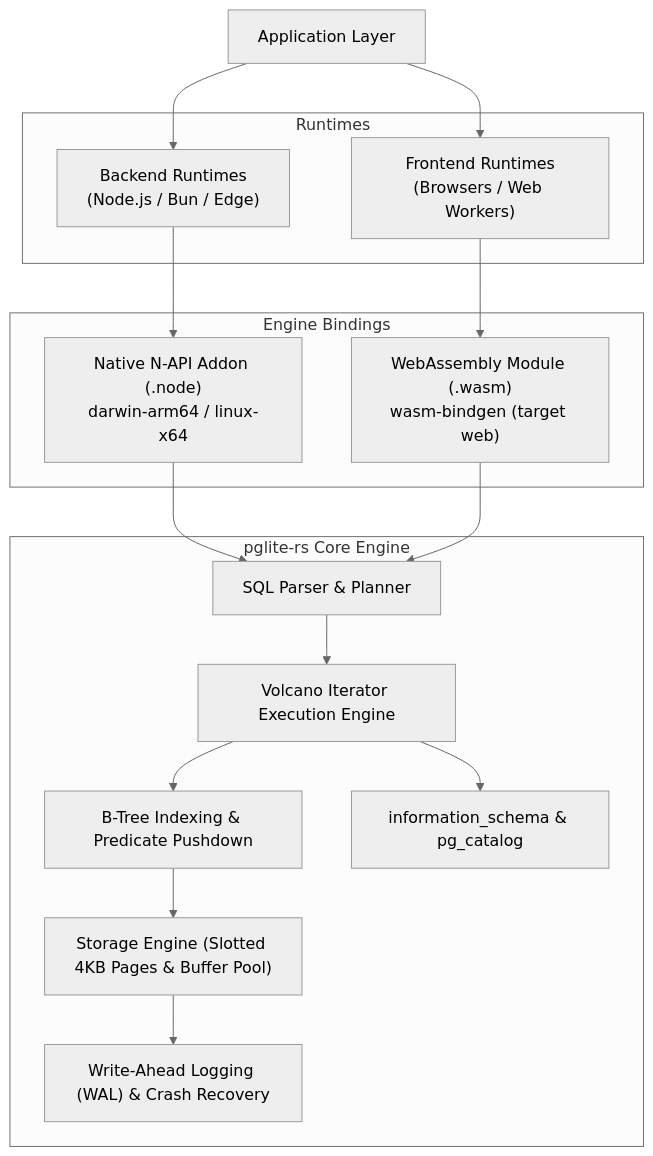
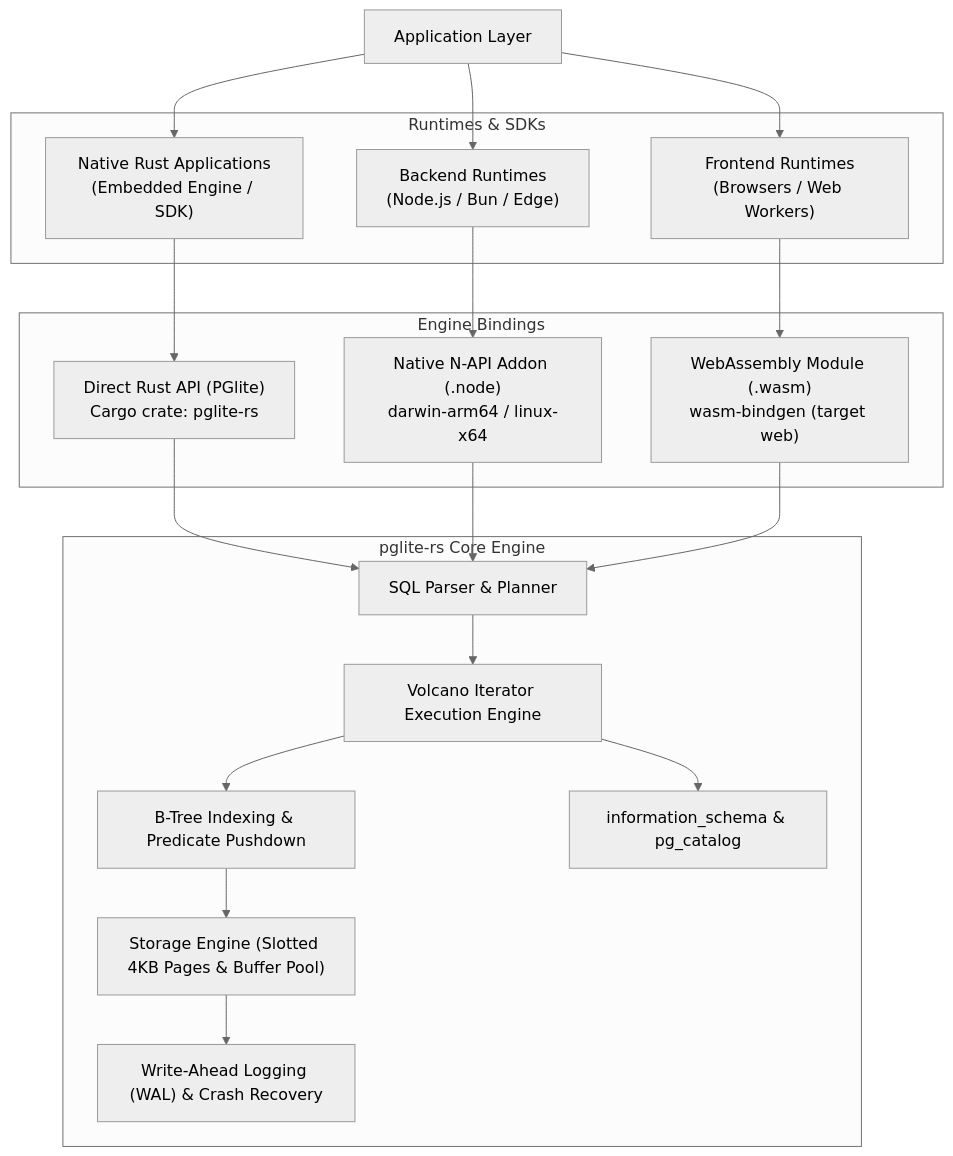
Before and after one commit to pglite/pglite: the diagram in README.md, drawn with Mermaid (neutral theme). The commit also changed other lines of this file and 13 other files, not shown here.

Commit message:
feat(rust): add direct native Rust client API, examples, serde mapping, and cargo workspace support

````diff
--- a/README.md
+++ b/README.md
@@ -30,35 +30,40 @@
 ```mermaid
 graph TD
     App[Application Layer]
     
-    subgraph Environments [Runtimes]
+    subgraph Environments [Runtimes & SDKs]
+        RustApps["Native Rust Applications<br/>(Embedded Engine / SDK)"]
         NodeBun["Backend Runtimes<br/>(Node.js / Bun / Edge)"]
         WebBrowsers["Frontend Runtimes<br/>(Browsers / Web Workers)"]
     end
     
     subgraph CoreBindings [Engine Bindings]
+        RustSDK["Direct Rust API (PGlite)<br/>Cargo crate: pglite-rs"]
         NAPI["Native N-API Addon (.node)<br/>darwin-arm64 / linux-x64"]
         WASM["WebAssembly Module (.wasm)<br/>wasm-bindgen (target web)"]
     end
     
     subgraph RustEngine [pglite-rs Core Engine]
         Parser["SQL Parser & Planner"]
         Volcano["Volcano Iterator Execution Engine"]
         Storage["Storage Engine (Slotted 4KB Pages & Buffer Pool)"]
         Index["B-Tree Indexing & Predicate Pushdown"]
         WAL["Write-Ahead Logging (WAL) & Crash Recovery"]
         Catalogs["information_schema & pg_catalog"]
     end
 
+    App --> RustApps
     App --> NodeBun
     App --> WebBrowsers
+    RustApps --> RustSDK
     NodeBun --> NAPI
     WebBrowsers --> WASM
+    RustSDK --> Parser
     NAPI --> Parser
     WASM --> Parser
     Parser --> Volcano
     Volcano --> Index
     Index --> Storage
     Storage --> WAL
     Volcano --> Catalogs
 ```
````
